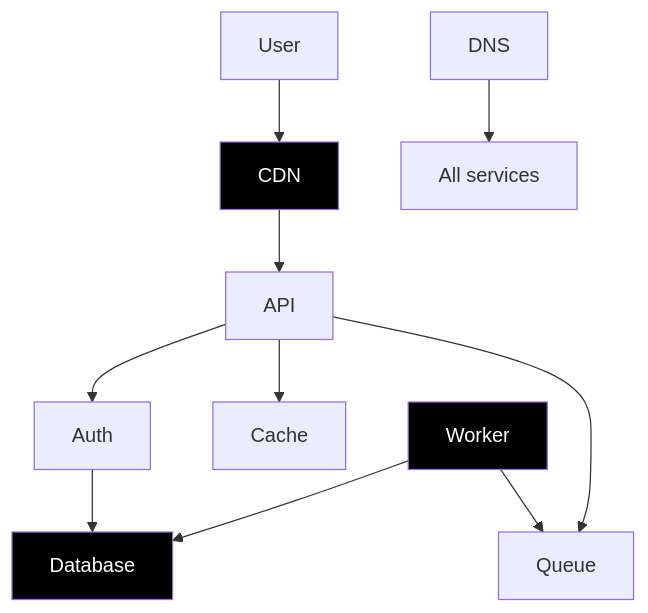
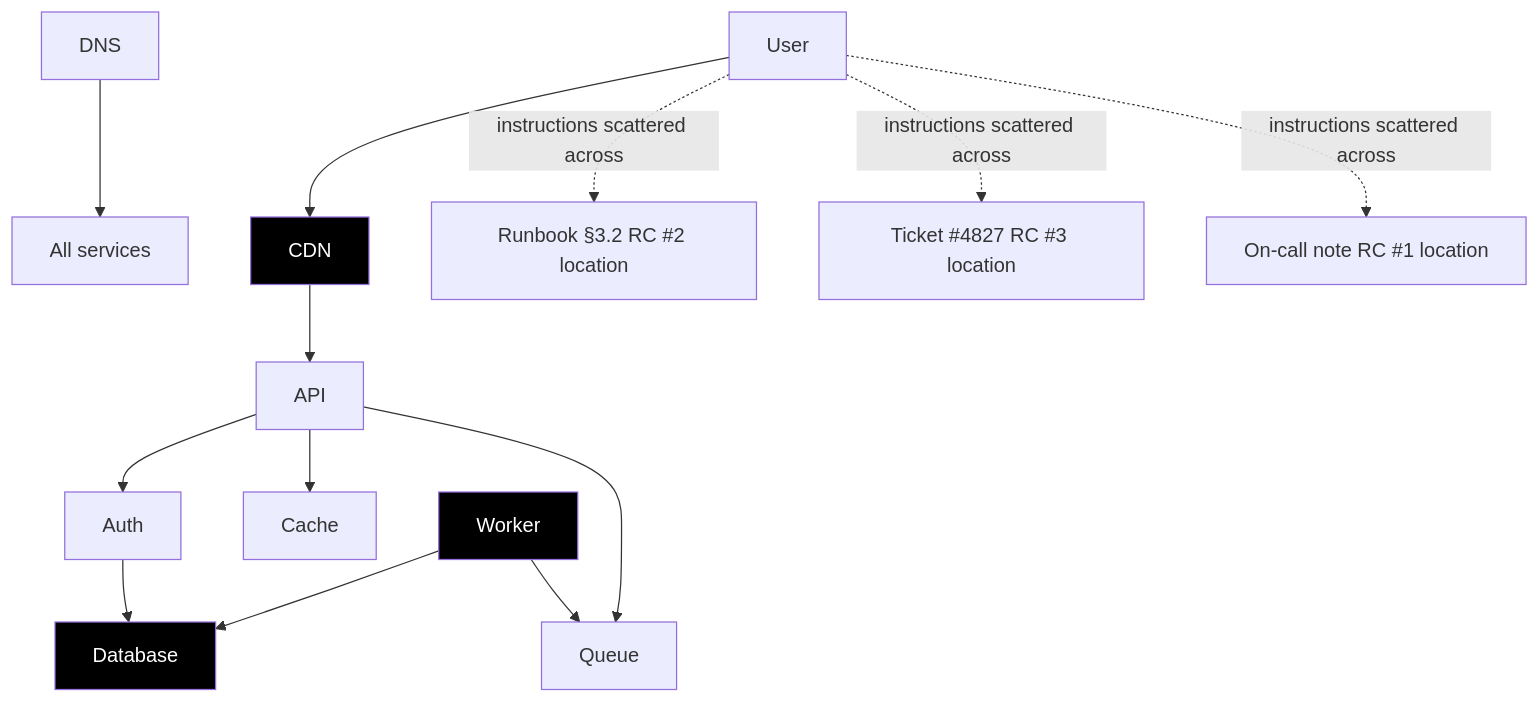
Before and after one commit to Gokul287/Praxis: the diagram in idea/Plan/Architecture/ScenarioCatalog.md, drawn with Mermaid. The commit also changed other lines of this file and 16 other files, not shown here.

````diff
--- a/idea/Plan/Architecture/ScenarioCatalog.md
+++ b/idea/Plan/Architecture/ScenarioCatalog.md
@@ -61,15 +78,23 @@
 ```mermaid
 graph TD
     User --> CDN
     CDN --> API
     API --> Auth
     API --> Cache
     API --> Queue
     Auth --> Database
     Worker --> Database
     Worker --> Queue
     DNS --> All[All services]
 
+    Runbook[Runbook §3.2 RC #2 location]
+    Ticket[Ticket #4827 RC #3 location]
+    Note[On-call note RC #1 location]
+
+    User -. "instructions scattered across" .-> Runbook
+    User -. "instructions scattered across" .-> Ticket
+    User -. "instructions scattered across" .-> Note
+
     classDef rc fill:#000,color:#fff
     class Database,CDN,Worker rc
 ```
````
